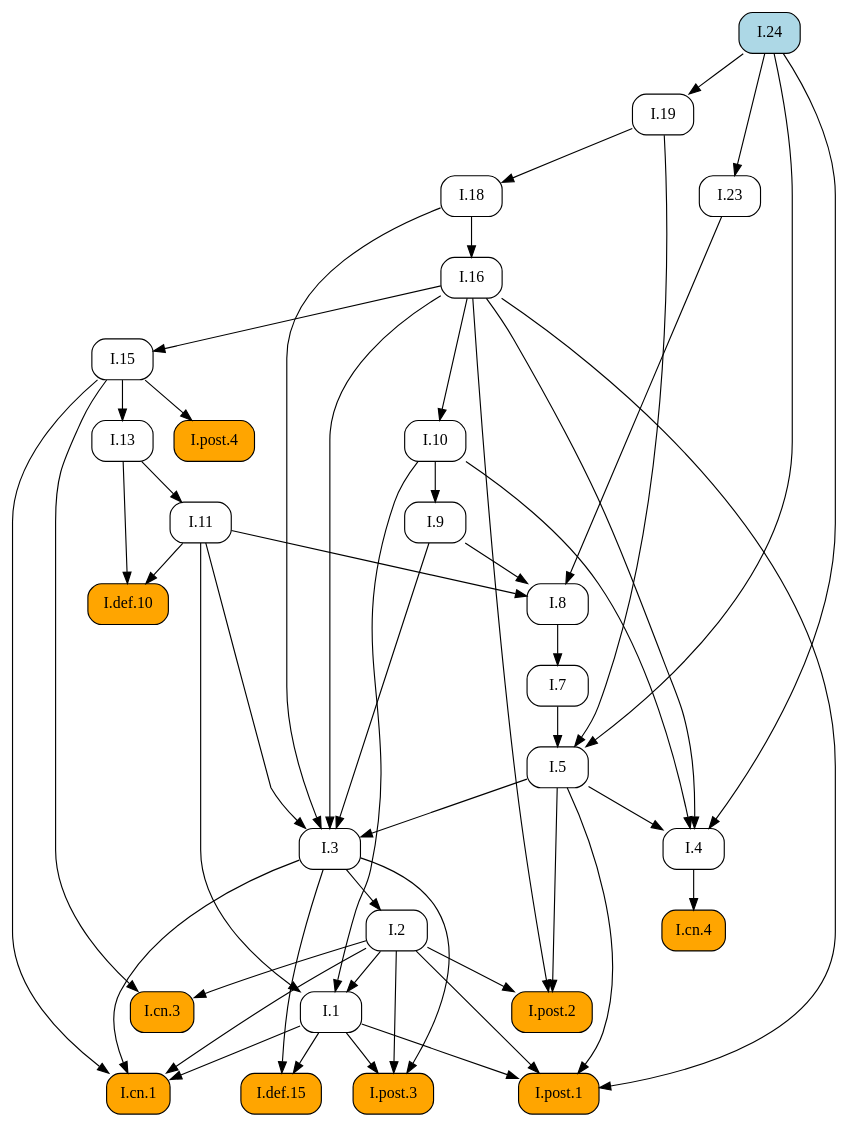
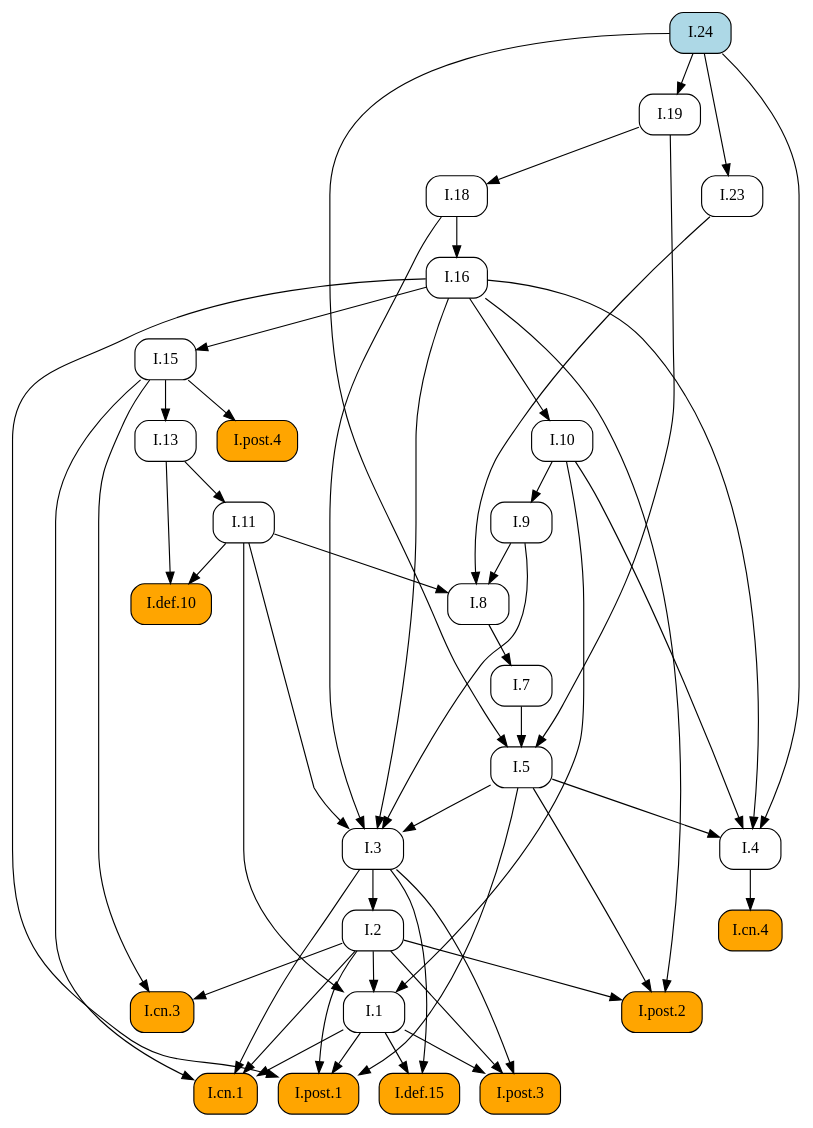
One commit to geometor/elements changed the diagram in docsrc/elements2/I/24/index.rst. Above: the diagram before and after it, drawn with Graphviz. The commit also changed other lines of this file and 171 other files, not shown here.

```diff
--- a/docsrc/elements2/I/24/index.rst
+++ b/docsrc/elements2/I/24/index.rst
@@ -66,81 +66,81 @@
    digraph {
      rankdir="TB";
      node [shape=box, style=rounded];
+     "I.8" [URL="/elements2/I/8/", target="_top"];
+     "I.19" [URL="/elements2/I/19/", target="_top"];
+     "I.1" [URL="/elements2/I/1/", target="_top"];
+     "I.cn.4" [style="rounded,filled", fillcolor=orange, URL="/elements2/I/cn.4/", target="_top"];
+     "I.cn.3" [style="rounded,filled", fillcolor=orange, URL="/elements2/I/cn.3/", target="_top"];
+     "I.7" [URL="/elements2/I/7/", target="_top"];
+     "I.post.1" [style="rounded,filled", fillcolor=orange, URL="/elements2/I/post.1/", target="_top"];
+     "I.9" [URL="/elements2/I/9/", target="_top"];
+     "I.5" [URL="/elements2/I/5/", target="_top"];
+     "I.cn.1" [style="rounded,filled", fillcolor=orange, URL="/elements2/I/cn.1/", target="_top"];
      "I.16" [URL="/elements2/I/16/", target="_top"];
      "I.def.10" [style="rounded,filled", fillcolor=orange, URL="/elements2/I/def.10/", target="_top"];
-     "I.9" [URL="/elements2/I/9/", target="_top"];
      "I.18" [URL="/elements2/I/18/", target="_top"];
-     "I.8" [URL="/elements2/I/8/", target="_top"];
+     "I.13" [URL="/elements2/I/13/", target="_top"];
+     "I.post.4" [style="rounded,filled", fillcolor=orange, URL="/elements2/I/post.4/", target="_top"];
      "I.2" [URL="/elements2/I/2/", target="_top"];
-     "I.23" [URL="/elements2/I/23/", target="_top"];
-     "I.15" [URL="/elements2/I/15/", target="_top"];
-     "I.cn.4" [style="rounded,filled", fillcolor=orange, URL="/elements2/I/cn.4/", target="_top"];
      "I.def.15" [style="rounded,filled", fillcolor=orange, URL="/elements2/I/def.15/", target="_top"];
-     "I.post.3" [style="rounded,filled", fillcolor=orange, URL="/elements2/I/post.3/", target="_top"];
-     "I.1" [URL="/elements2/I/1/", target="_top"];
-     "I.post.2" [style="rounded,filled", fillcolor=orange, URL="/elements2/I/post.2/", target="_top"];
-     "I.13" [URL="/elements2/I/13/", target="_top"];
-     "I.10" [URL="/elements2/I/10/", target="_top"];
-     "I.post.1" [style="rounded,filled", fillcolor=orange, URL="/elements2/I/post.1/", target="_top"];
-     "I.7" [URL="/elements2/I/7/", target="_top"];
-     "I.post.4" [style="rounded,filled", fillcolor=orange, URL="/elements2/I/post.4/", target="_top"];
-     "I.cn.1" [style="rounded,filled", fillcolor=orange, URL="/elements2/I/cn.1/", target="_top"];
-     "I.3" [URL="/elements2/I/3/", target="_top"];
-     "I.cn.3" [style="rounded,filled", fillcolor=orange, URL="/elements2/I/cn.3/", target="_top"];
+     "I.4" [URL="/elements2/I/4/", target="_top"];
      "I.24" [style="rounded,filled", fillcolor=lightblue, URL="/elements2/I/24/", target="_top"];
      "I.11" [URL="/elements2/I/11/", target="_top"];
-     "I.19" [URL="/elements2/I/19/", target="_top"];
-     "I.5" [URL="/elements2/I/5/", target="_top"];
-     "I.4" [URL="/elements2/I/4/", target="_top"];
-     "I.18" -> "I.16";
-     "I.11" -> "I.def.10";
-     "I.13" -> "I.def.10";
-     "I.10" -> "I.9";
-     "I.19" -> "I.18";
+     "I.10" [URL="/elements2/I/10/", target="_top"];
+     "I.15" [URL="/elements2/I/15/", target="_top"];
+     "I.3" [URL="/elements2/I/3/", target="_top"];
+     "I.post.2" [style="rounded,filled", fillcolor=orange, URL="/elements2/I/post.2/", target="_top"];
+     "I.23" [URL="/elements2/I/23/", target="_top"];
+     "I.post.3" [style="rounded,filled", fillcolor=orange, URL="/elements2/I/post.3/", target="_top"];
      "I.9" -> "I.8";
      "I.11" -> "I.8";
      "I.23" -> "I.8";
-     "I.3" -> "I.2";
-     "I.24" -> "I.23";
-     "I.16" -> "I.15";
-     "I.4" -> "I.cn.4";
-     "I.1" -> "I.def.15";
-     "I.3" -> "I.def.15";
-     "I.1" -> "I.post.3";
-     "I.2" -> "I.post.3";
-     "I.3" -> "I.post.3";
+     "I.24" -> "I.19";
      "I.2" -> "I.1";
      "I.10" -> "I.1";
      "I.11" -> "I.1";
-     "I.2" -> "I.post.2";
-     "I.5" -> "I.post.2";
-     "I.16" -> "I.post.2";
-     "I.15" -> "I.13";
-     "I.16" -> "I.10";
+     "I.4" -> "I.cn.4";
+     "I.2" -> "I.cn.3";
+     "I.15" -> "I.cn.3";
+     "I.8" -> "I.7";
      "I.1" -> "I.post.1";
      "I.2" -> "I.post.1";
      "I.5" -> "I.post.1";
      "I.16" -> "I.post.1";
-     "I.8" -> "I.7";
-     "I.15" -> "I.post.4";
+     "I.10" -> "I.9";
+     "I.7" -> "I.5";
+     "I.19" -> "I.5";
+     "I.24" -> "I.5";
      "I.1" -> "I.cn.1";
      "I.2" -> "I.cn.1";
      "I.3" -> "I.cn.1";
      "I.15" -> "I.cn.1";
+     "I.18" -> "I.16";
+     "I.11" -> "I.def.10";
+     "I.13" -> "I.def.10";
+     "I.19" -> "I.18";
+     "I.15" -> "I.13";
+     "I.15" -> "I.post.4";
+     "I.3" -> "I.2";
+     "I.1" -> "I.def.15";
+     "I.3" -> "I.def.15";
+     "I.5" -> "I.4";
+     "I.10" -> "I.4";
+     "I.16" -> "I.4";
+     "I.24" -> "I.4";
+     "I.13" -> "I.11";
+     "I.16" -> "I.10";
+     "I.16" -> "I.15";
      "I.5" -> "I.3";
      "I.9" -> "I.3";
      "I.11" -> "I.3";
      "I.16" -> "I.3";
      "I.18" -> "I.3";
-     "I.2" -> "I.cn.3";
-     "I.15" -> "I.cn.3";
-     "I.13" -> "I.11";
-     "I.24" -> "I.19";
-     "I.7" -> "I.5";
-     "I.19" -> "I.5";
-     "I.24" -> "I.5";
-     "I.5" -> "I.4";
-     "I.10" -> "I.4";
-     "I.16" -> "I.4";
-     "I.24" -> "I.4";
+     "I.2" -> "I.post.2";
+     "I.5" -> "I.post.2";
+     "I.16" -> "I.post.2";
+     "I.24" -> "I.23";
+     "I.1" -> "I.post.3";
+     "I.2" -> "I.post.3";
+     "I.3" -> "I.post.3";
    }
```
